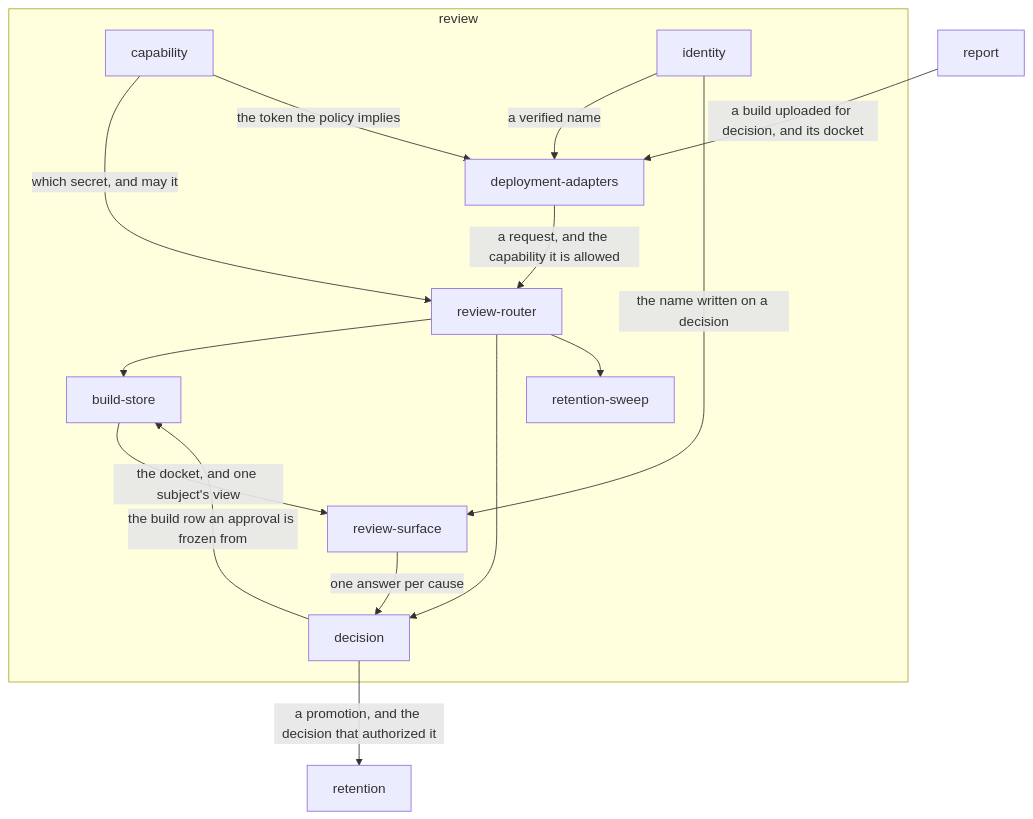
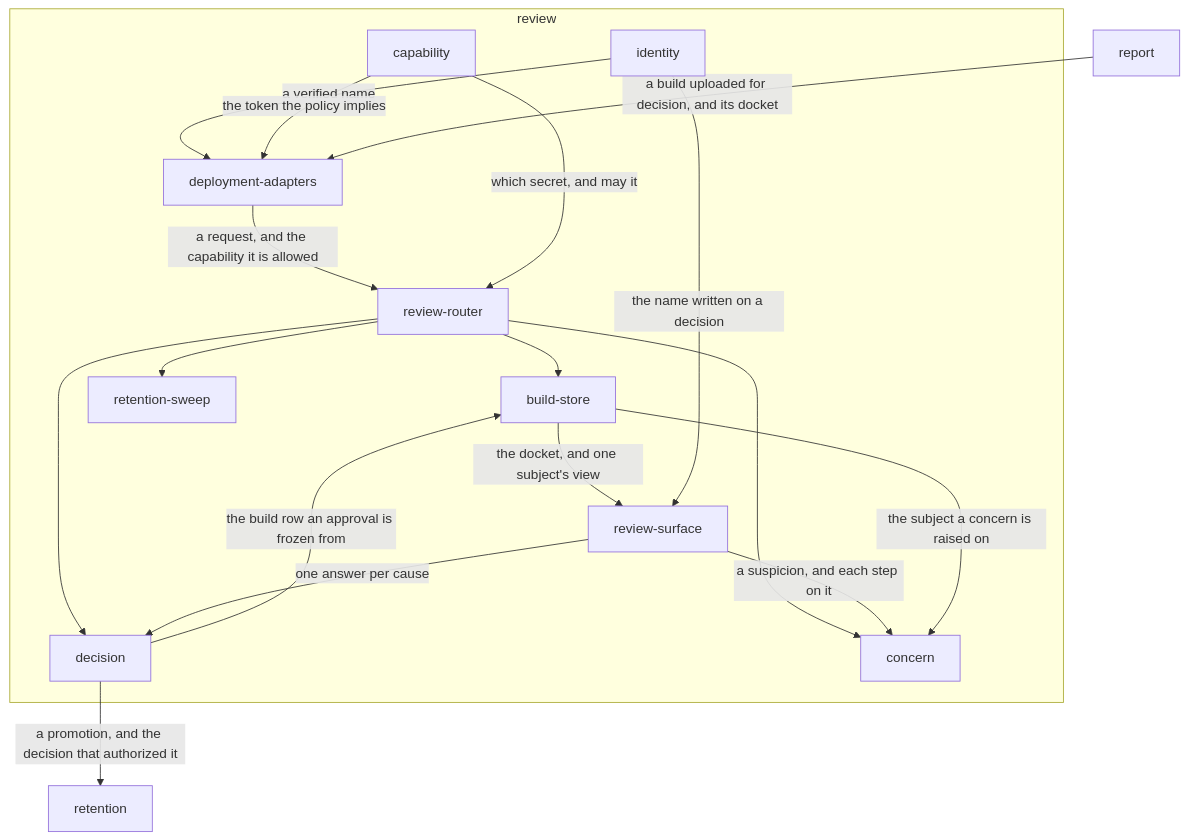
One commit to Variance-Authority/variance-authority changed the diagram in .compass/variance-authority/review/README.md. Above: the diagram before and after it, drawn with Mermaid. The commit also changed other lines of this file and 9 other files, not shown here.

````diff
--- a/.compass/variance-authority/review/README.md
+++ b/.compass/variance-authority/review/README.md
@@ -107,28 +108,32 @@
 ```mermaid
 flowchart TB
   subgraph REVIEW[review]
     ADAPT[deployment-adapters]
     CAP[capability]
     ID[identity]
     ROUTER[review-router]
     STORE[build-store]
     DECIDE[decision]
+    CONCERN[concern]
     SURFACE[review-surface]
     SWEEP[retention-sweep]
 
     ADAPT -->|a request, and the capability it is allowed| ROUTER
     ID -->|a verified name| ADAPT
     CAP -->|which secret, and may it| ROUTER
     CAP -->|the token the policy implies| ADAPT
     ROUTER --> STORE
     ROUTER --> DECIDE
+    ROUTER --> CONCERN
     ROUTER --> SWEEP
     STORE -->|the docket, and one subject's view| SURFACE
     SURFACE -->|one answer per cause| DECIDE
+    SURFACE -->|a suspicion, and each step on it| CONCERN
+    STORE -->|the subject a concern is raised on| CONCERN
     ID -->|the name written on a decision| SURFACE
     DECIDE -->|the build row an approval is frozen from| STORE
   end
 
   REPORT[report] -->|a build uploaded for decision, and its docket| ADAPT
   DECIDE -->|a promotion, and the decision that authorized it| RETENTION[retention]
 ```
````
